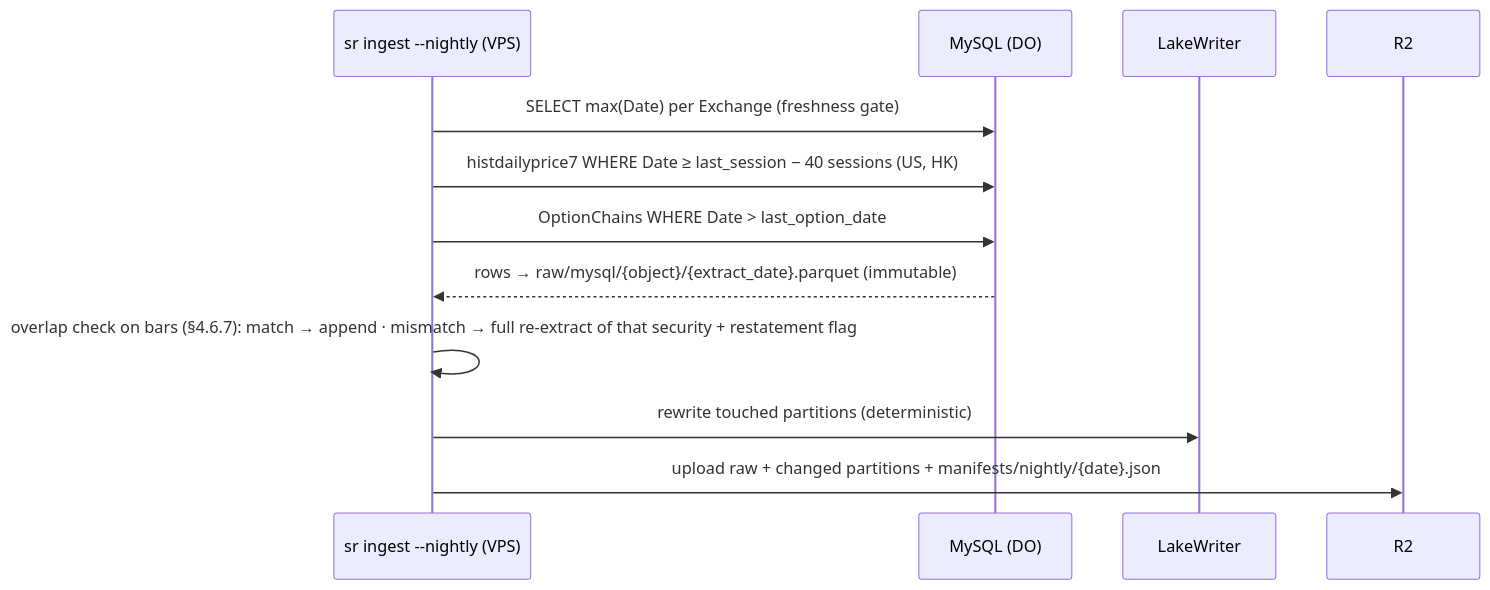
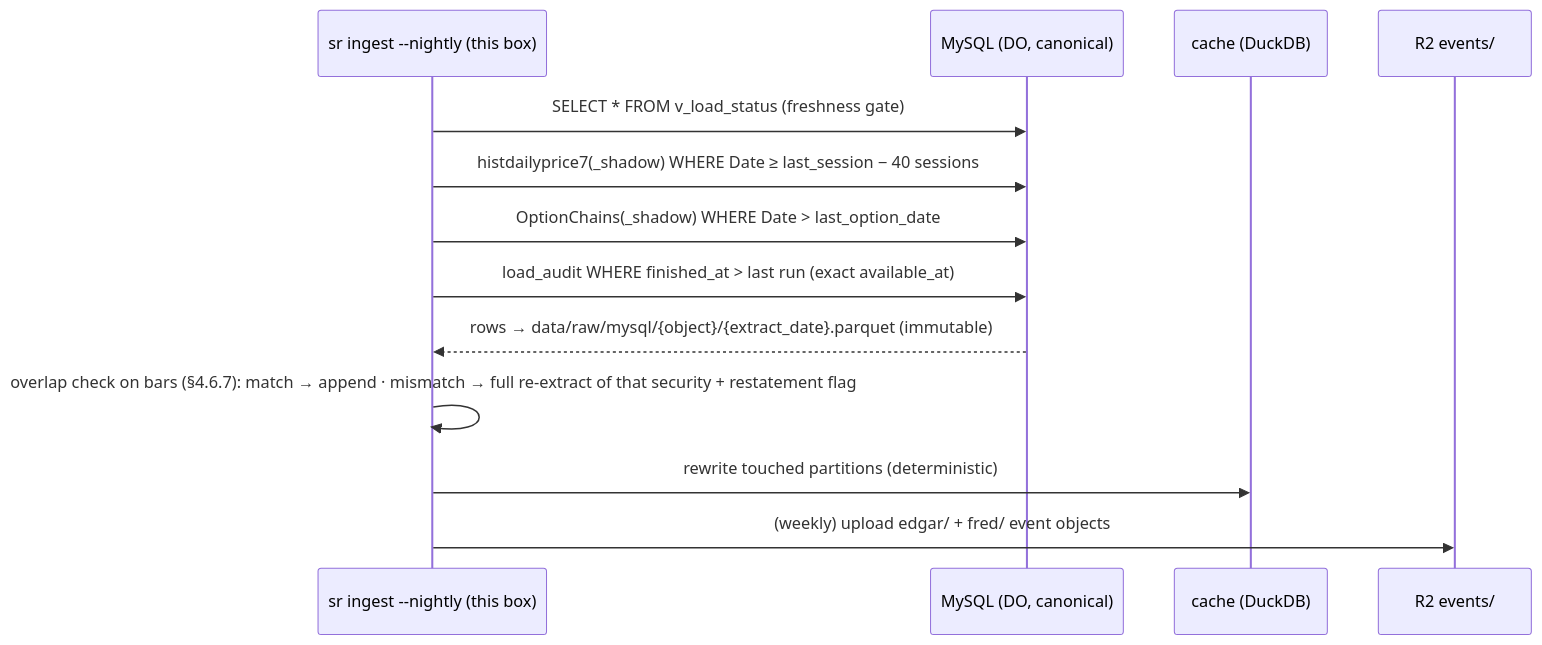
Before and after one commit to Neural-Matrix-LLC/Support-Resistance-Agent: the ninth of 29 diagrams in docs/SR_Technical_Document.md, drawn with Mermaid. The commit also changed other lines of this file and 2 other files, not shown here.

Commit message:
docs: P1 re-planned (v0.5) — MySQL canonical via Fin-Lambda, R2 events-only, VPS/Lambda dropped; Stage-A design

````diff
--- a/docs/SR_Technical_Document.md
+++ b/docs/SR_Technical_Document.md
@@ -780,14 +793,15 @@
 ```mermaid
 sequenceDiagram
-    participant J as sr ingest --nightly (VPS)
-    participant M as MySQL (DO)
-    participant W as LakeWriter
-    participant R as R2
-    J->>M: SELECT max(Date) per Exchange (freshness gate)
-    J->>M: histdailyprice7 WHERE Date ≥ last_session − 40 sessions (US, HK)
-    J->>M: OptionChains WHERE Date > last_option_date
-    M-->>J: rows → raw/mysql/{object}/{extract_date}.parquet (immutable)
+    participant J as sr ingest --nightly (this box)
+    participant M as MySQL (DO, canonical)
+    participant C as cache (DuckDB)
+    participant R as R2 events/
+    J->>M: SELECT * FROM v_load_status (freshness gate)
+    J->>M: histdailyprice7(_shadow) WHERE Date ≥ last_session − 40 sessions
+    J->>M: OptionChains(_shadow) WHERE Date > last_option_date
+    J->>M: load_audit WHERE finished_at > last run (exact available_at)
+    M-->>J: rows → data/raw/mysql/{object}/{extract_date}.parquet (immutable)
     J->>J: overlap check on bars (§4.6.7): match → append · mismatch → full re-extract of that security + restatement flag
-    J->>W: rewrite touched partitions (deterministic)
-    J->>R: upload raw + changed partitions + manifests/nightly/{date}.json
+    J->>C: rewrite touched partitions (deterministic)
+    J->>R: (weekly) upload edgar/ + fred/ event objects
 ```
````
